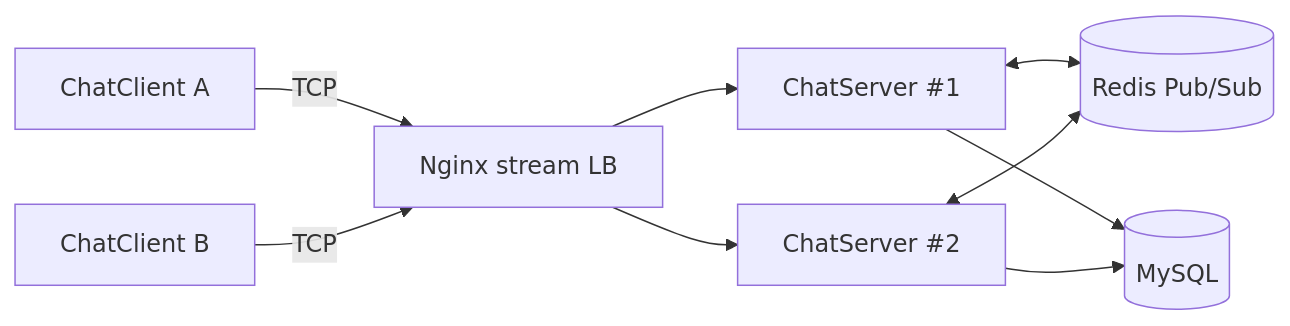
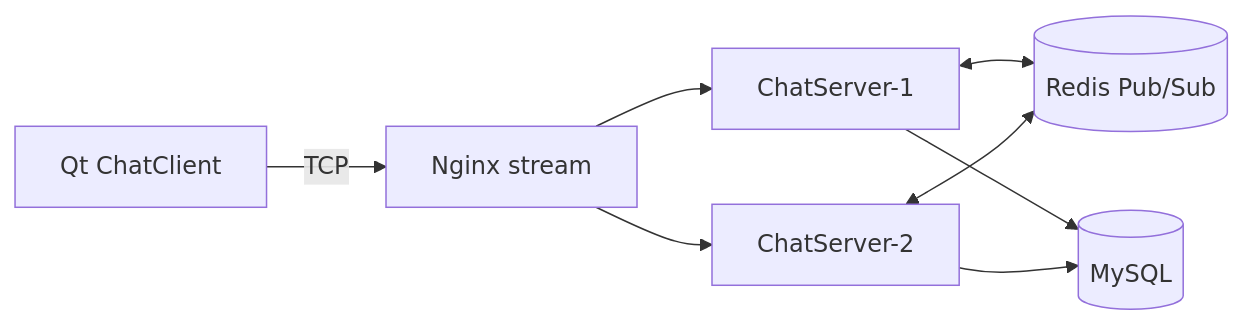
Before and after one commit to jingkaiyan/MyChatServer: the diagram in README.md, drawn with Mermaid. The commit also changed other lines of this file and 277 other files, not shown here.

````diff
--- a/README.md
+++ b/README.md
@@ -38,11 +20,10 @@
 ```mermaid
 flowchart LR
-	Client1[ChatClient A] -->|TCP| Nginx[Nginx stream LB]
-	Client2[ChatClient B] -->|TCP| Nginx
-	Nginx --> S1[ChatServer #1]
-	Nginx --> S2[ChatServer #2]
-	S1 <--> Redis[(Redis Pub/Sub)]
-	S2 <--> Redis
-	S1 --> MySQL[(MySQL)]
-	S2 --> MySQL
+  UI[Qt ChatClient] -->|TCP| LB[Nginx stream]
+  LB --> S1[ChatServer-1]
+  LB --> S2[ChatServer-2]
+  S1 <--> R[(Redis Pub/Sub)]
+  S2 <--> R
+  S1 --> DB[(MySQL)]
+  S2 --> DB
 ```
````
